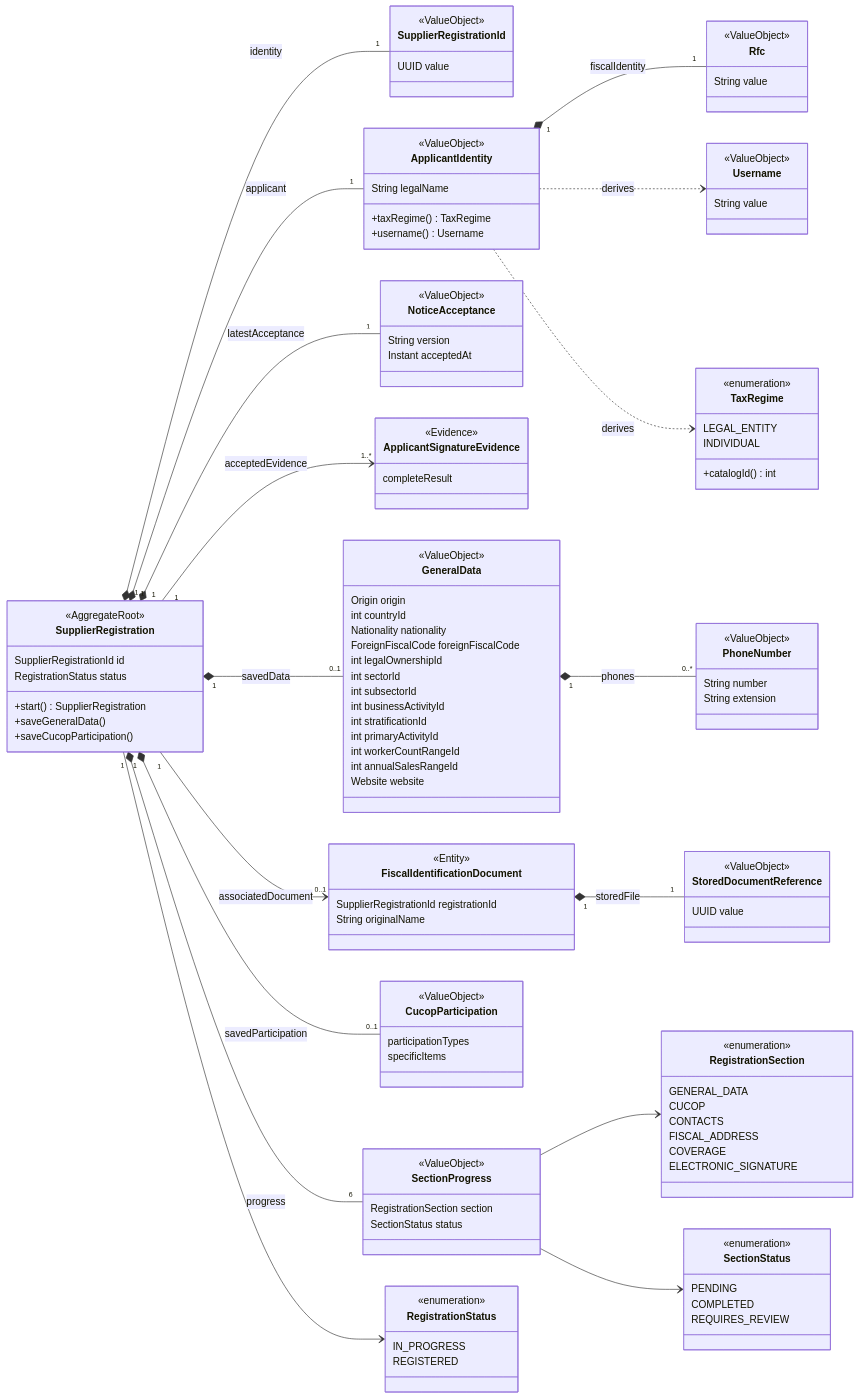
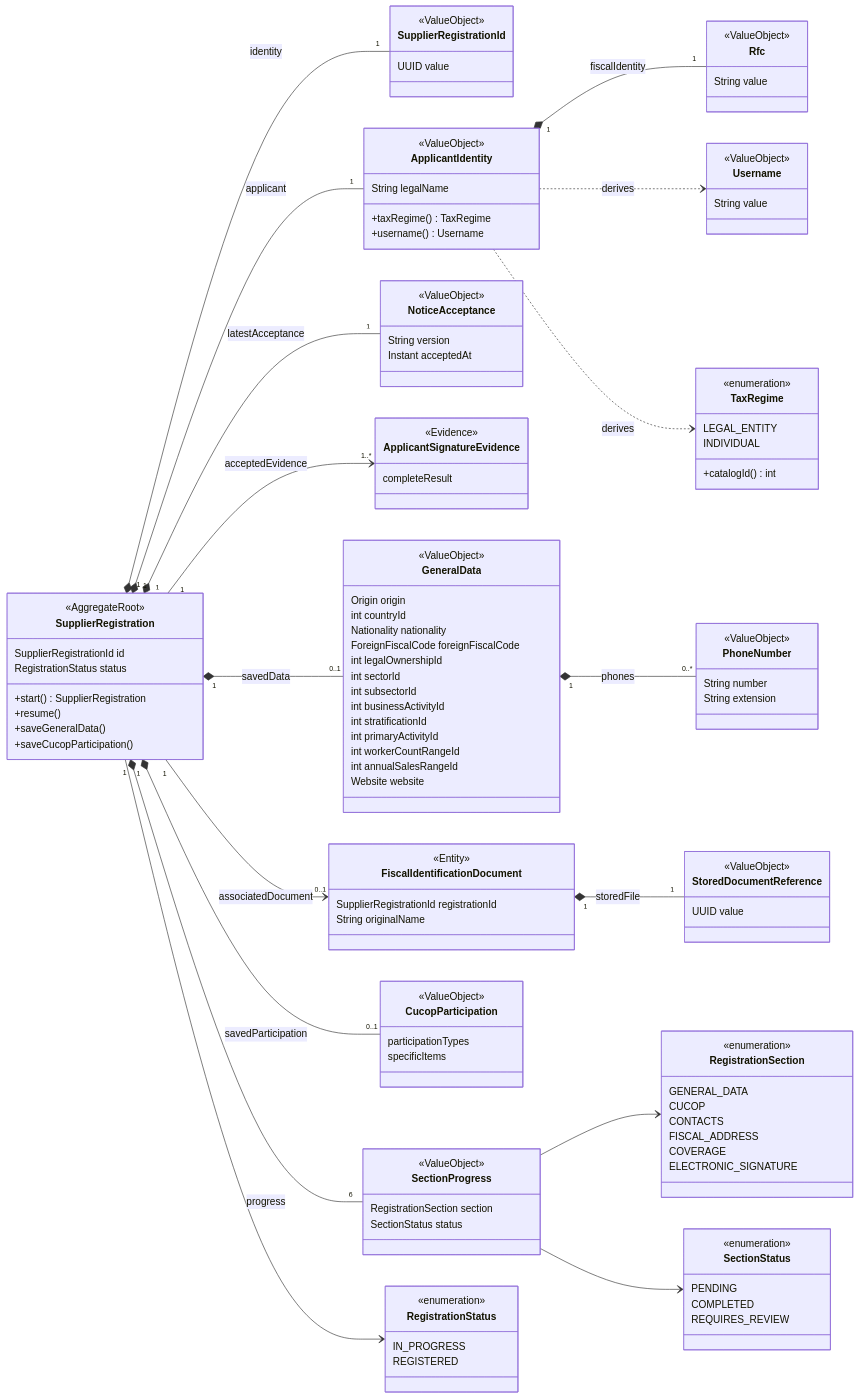
The first of 2 diagrams in specs/architecture/domain-model.md (fredkor/ai-ssd-registro-proveedores), drawn with Mermaid before and after one commit. The commit also changed 1 other file, not shown here.

Commit message:
design: diagramas sincronizados con la implementación
- architecture.md §3: capas de entrada con decoradores transaccionales y disparador programado; web traduce excepciones de dominio.
- architecture.md §8: autenticación del token en web, decorador TransactionalSaveGeneralDataUseCase, bloqueo FOR UPDATE, cédula desde el expediente reconstituido y orden real de validación.
- architecture.md §9: alineación del árbol y contexto JWT en persistencia.
- domain-model.md §2.1: operación resume() del agregado.

```diff
--- a/specs/architecture/domain-model.md
+++ b/specs/architecture/domain-model.md
@@ -40,6 +40,7 @@
         SupplierRegistrationId id
         RegistrationStatus status
         +start() SupplierRegistration
+        +resume()
         +saveGeneralData()
         +saveCucopParticipation()
     }
```
